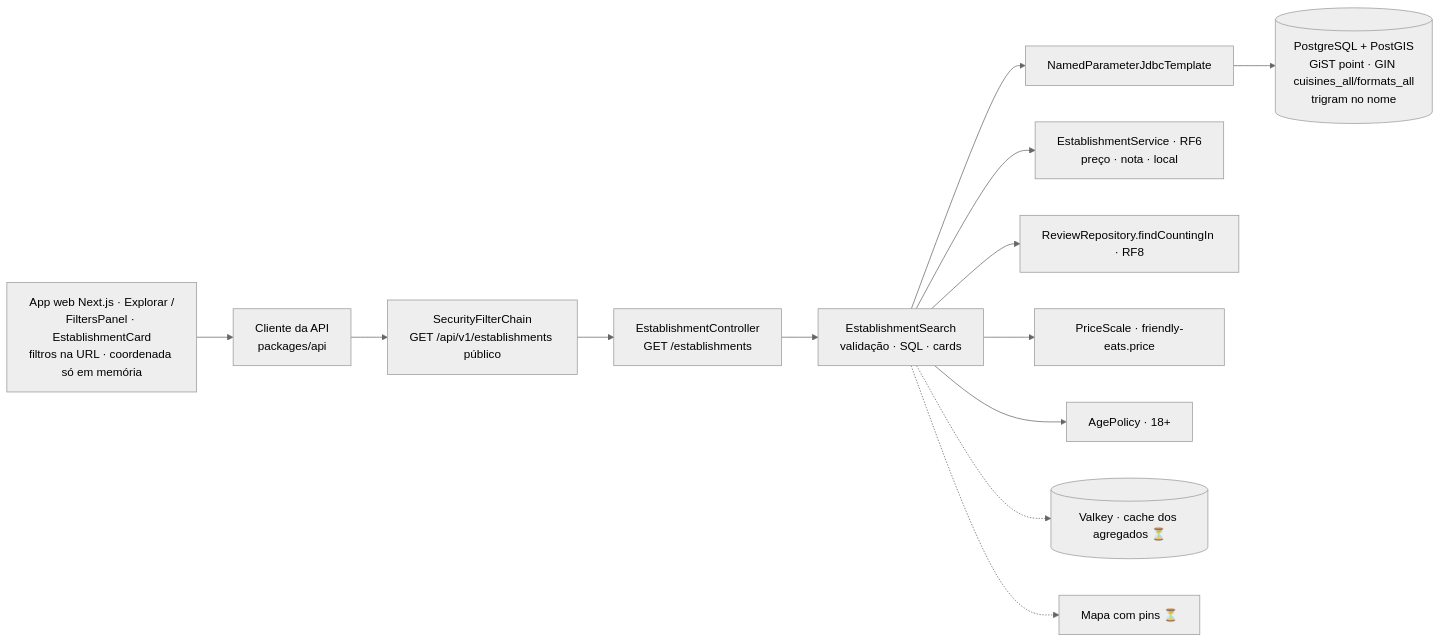
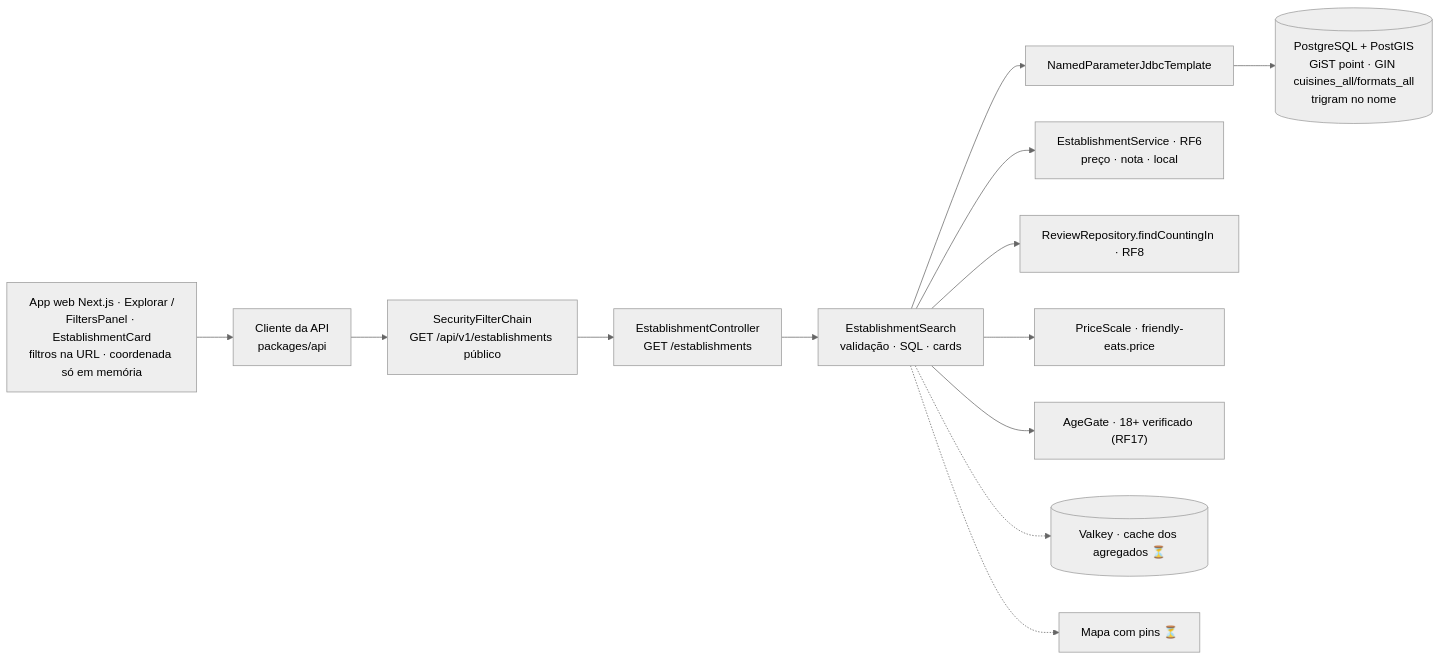
The diagram in docs/RF10/componentes.md (MatheusHaliski/Friendly-Eats), drawn with Mermaid (neutral theme) before and after one commit. The commit also changed 71 other files, not shown here.

````diff
--- a/docs/RF10/componentes.md
+++ b/docs/RF10/componentes.md
@@ -3,14 +3,14 @@
 ```mermaid
 flowchart LR
     WEB["App web Next.js · Explorar /<br/>FiltersPanel · EstablishmentCard<br/>filtros na URL · coordenada só em memória"] --> APP["Cliente da API<br/>packages/api"] --> SEC["SecurityFilterChain<br/>GET /api/v1/establishments público"]
     SEC --> EC["EstablishmentController<br/>GET /establishments"]
     EC --> ES["EstablishmentSearch<br/>validação · SQL · cards"]
     ES --> NJ["NamedParameterJdbcTemplate"]
     NJ --> PG[("PostgreSQL + PostGIS<br/>GiST point · GIN cuisines_all/formats_all<br/>trigram no nome")]
     ES --> SVC["EstablishmentService · RF6<br/>preço · nota · local"]
     ES --> RR["ReviewRepository.findCountingIn · RF8"]
     ES --> PS["PriceScale · friendly-eats.price"]
-    ES --> AP["AgePolicy · 18+"]
+    ES --> AP["AgeGate · 18+ verificado (RF17)"]
     ES -.-> VK[("Valkey · cache dos agregados ⏳")]
     ES -.-> MAP["Mapa com pins ⏳"]
 ```
````
